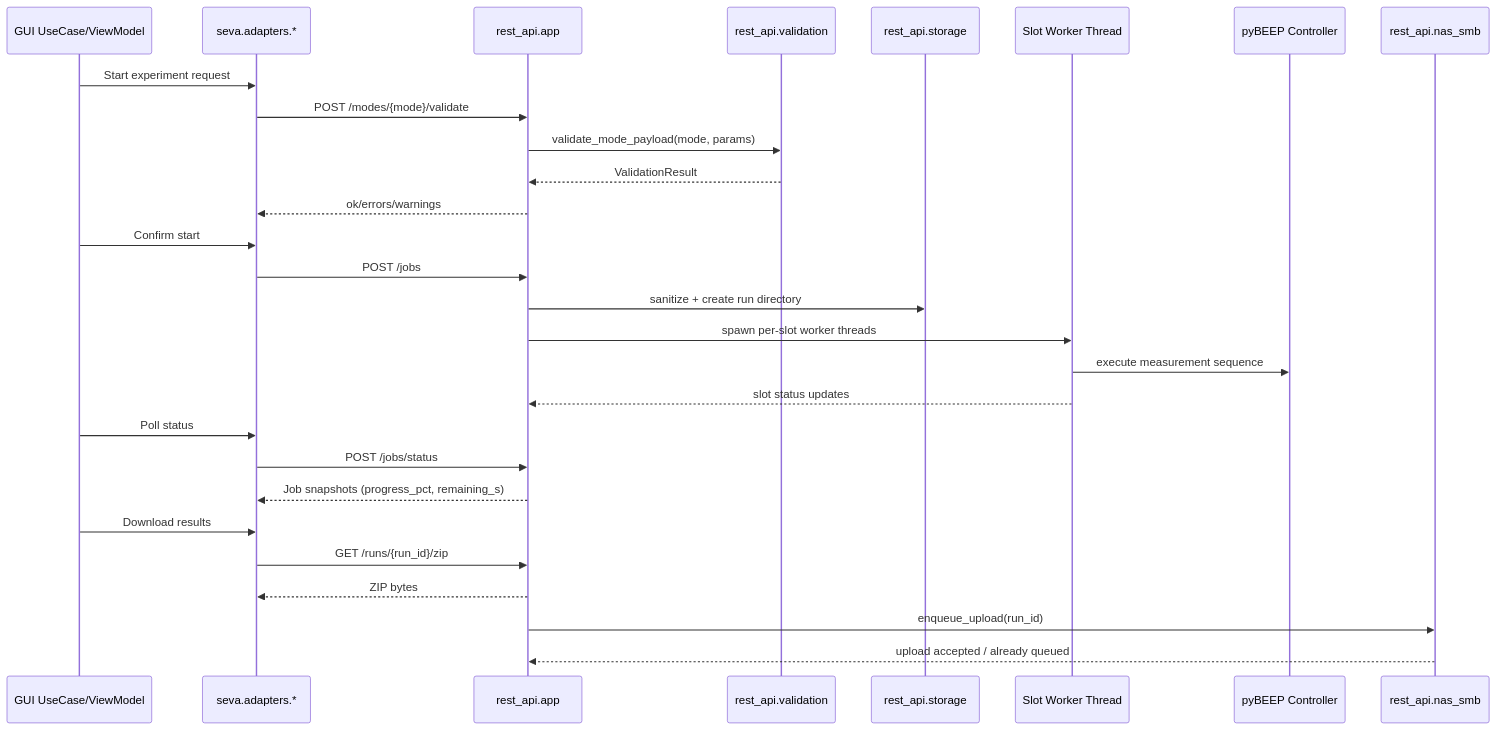
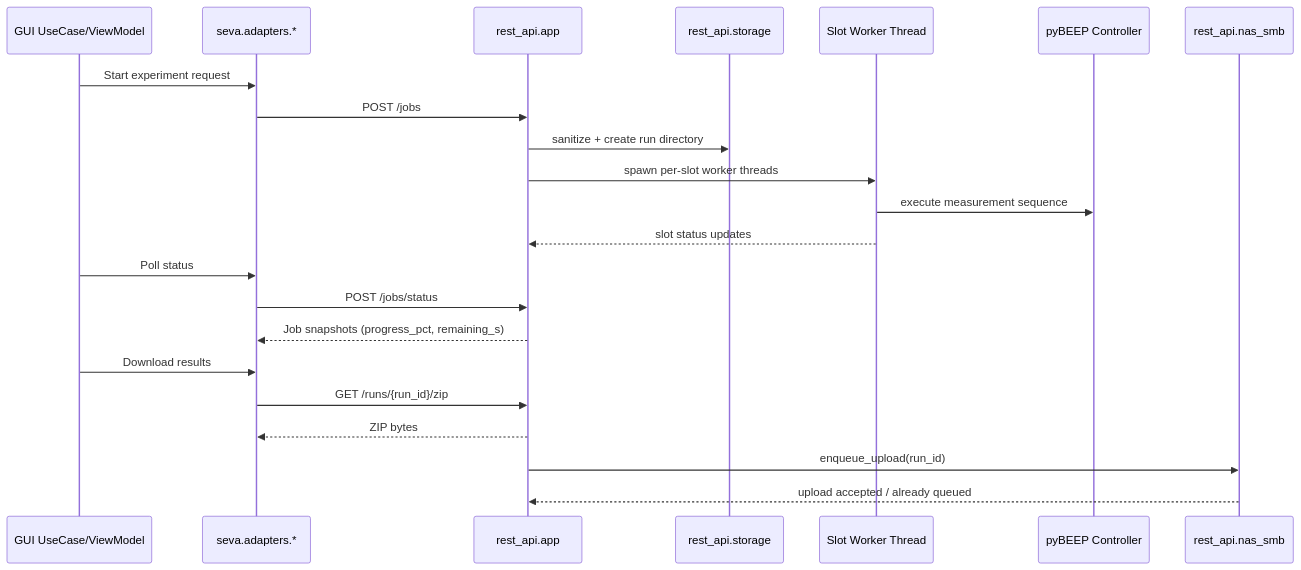
One commit to LunatiChemist/SEVA_GUI_MVVM changed the diagram in docs/workflows_rest_api.md. Above: the diagram before and after it, drawn with Mermaid. The commit also changed other lines of this file and 4 other files, not shown here.

````diff
--- a/docs/workflows_rest_api.md
+++ b/docs/workflows_rest_api.md
@@ -60,35 +62,28 @@
 ```mermaid
 sequenceDiagram
     participant GUI as GUI UseCase/ViewModel
     participant Adapter as seva.adapters.*
     participant API as rest_api.app
-    participant Validation as rest_api.validation
     participant Storage as rest_api.storage
     participant Worker as Slot Worker Thread
     participant Device as pyBEEP Controller
     participant NAS as rest_api.nas_smb
 
     GUI->>Adapter: Start experiment request
-    Adapter->>API: POST /modes/{mode}/validate
-    API->>Validation: validate_mode_payload(mode, params)
-    Validation-->>API: ValidationResult
-    API-->>Adapter: ok/errors/warnings
-
-    GUI->>Adapter: Confirm start
     Adapter->>API: POST /jobs
     API->>Storage: sanitize + create run directory
     API->>Worker: spawn per-slot worker threads
     Worker->>Device: execute measurement sequence
     Worker-->>API: slot status updates
 
     GUI->>Adapter: Poll status
     Adapter->>API: POST /jobs/status
     API-->>Adapter: Job snapshots (progress_pct, remaining_s)
 
     GUI->>Adapter: Download results
     Adapter->>API: GET /runs/{run_id}/zip
     API-->>Adapter: ZIP bytes
 
     API->>NAS: enqueue_upload(run_id)
     NAS-->>API: upload accepted / already queued
 ```
````
